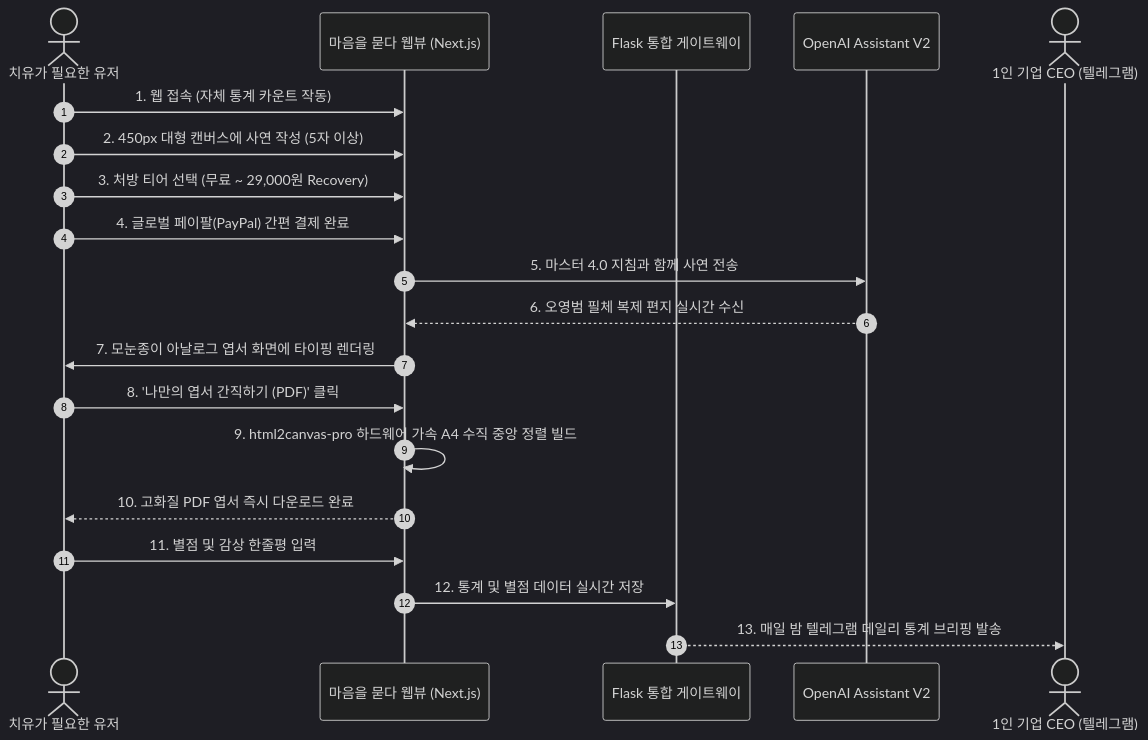
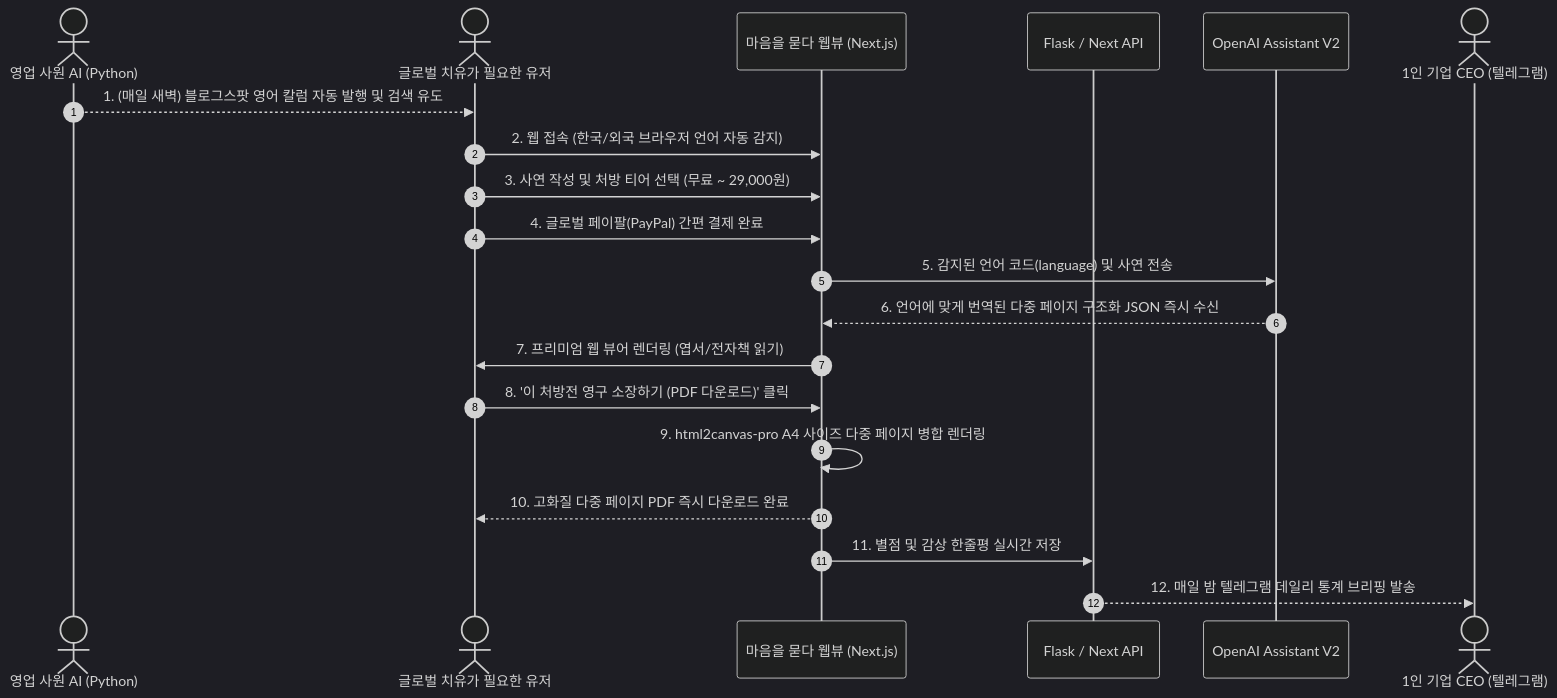
The second of 2 diagrams in 마음을 묻다 소개.md (dhdudqja11-code/-), drawn with Mermaid (dark theme) before and after one commit. The commit also changed other lines of this file and 41 other files, not shown here.

````diff
--- a/마음을 묻다 소개.md
+++ b/마음을 묻다 소개.md
@@ -59,23 +61,23 @@
 ```mermaid
 sequenceDiagram
     autonumber
-    actor 유저 as 치유가 필요한 유저
+    actor 마케팅AI as 영업 사원 AI (Python)
+    actor 유저 as 글로벌 치유가 필요한 유저
     participant 프론트 as 마음을 묻다 웹뷰 (Next.js)
-    participant 백엔드 as Flask 통합 게이트웨이
+    participant 백엔드 as Flask / Next API
     participant AI as OpenAI Assistant V2
     actor 사장님 as 1인 기업 CEO (텔레그램)
 
-    유저->>프론트: 1. 웹 접속 (자체 통계 카운트 작동)
-    유저->>프론트: 2. 450px 대형 캔버스에 사연 작성 (5자 이상)
-    유저->>프론트: 3. 처방 티어 선택 (무료 ~ 29,000원 Recovery)
+    마케팅AI-->>유저: 1. (매일 새벽) 블로그스팟 영어 칼럼 자동 발행 및 검색 유도
+    유저->>프론트: 2. 웹 접속 (한국/외국 브라우저 언어 자동 감지)
+    유저->>프론트: 3. 사연 작성 및 처방 티어 선택 (무료 ~ 29,000원)
     유저->>프론트: 4. 글로벌 페이팔(PayPal) 간편 결제 완료
-    프론트->>AI: 5. 마스터 4.0 지침과 함께 사연 전송
-    AI-->>프론트: 6. 오영범 필체 복제 편지 실시간 수신
-    프론트->>유저: 7. 모눈종이 아날로그 엽서 화면에 타이핑 렌더링
-    유저->>프론트: 8. '나만의 엽서 간직하기 (PDF)' 클릭
-    프론트->>프론트: 9. html2canvas-pro 하드웨어 가속 A4 수직 중앙 정렬 빌드
-    프론트-->>유저: 10. 고화질 PDF 엽서 즉시 다운로드 완료
-    유저->>프론트: 11. 별점 및 감상 한줄평 입력
-    프론트->>백엔드: 12. 통계 및 별점 데이터 실시간 저장
-    백엔드-->>사장님: 13. 매일 밤 텔레그램 데일리 통계 브리핑 발송
+    프론트->>AI: 5. 감지된 언어 코드(language) 및 사연 전송
+    AI-->>프론트: 6. 언어에 맞게 번역된 다중 페이지 구조화 JSON 즉시 수신
+    프론트->>유저: 7. 프리미엄 웹 뷰어 렌더링 (엽서/전자책 읽기)
+    유저->>프론트: 8. '이 처방전 영구 소장하기 (PDF 다운로드)' 클릭
+    프론트->>프론트: 9. html2canvas-pro A4 사이즈 다중 페이지 병합 렌더링
+    프론트-->>유저: 10. 고화질 다중 페이지 PDF 즉시 다운로드 완료
+    프론트->>백엔드: 11. 별점 및 감상 한줄평 실시간 저장
+    백엔드-->>사장님: 12. 매일 밤 텔레그램 데일리 통계 브리핑 발송
 ```
````
